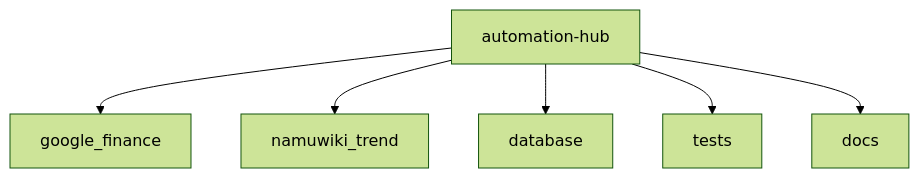
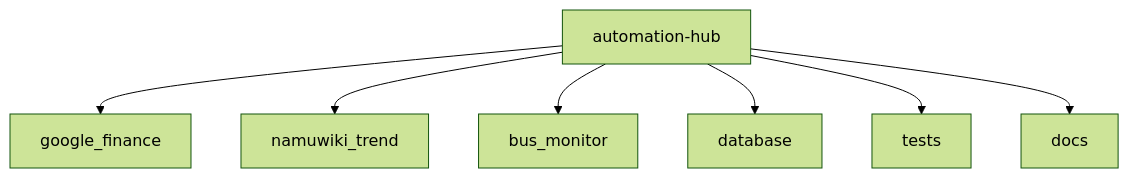
One commit to jhkr1/automation-hub changed the first of 2 diagrams in README.md. Above: the diagram before and after it, drawn with Mermaid (forest theme). The commit also changed other lines of this file and 7 other files, not shown here.

Commit message:
docs(bus-monitor): document production workflow

````diff
--- a/README.md
+++ b/README.md
@@ -17,8 +17,9 @@
 ```mermaid
 flowchart TD
     Repository[automation-hub] --> Google[google_finance]
     Repository --> Namu[namuwiki_trend]
+    Repository --> Bus[bus_monitor]
     Repository --> Database[database]
     Repository --> Tests[tests]
     Repository --> Docs[docs]
 ```
````
